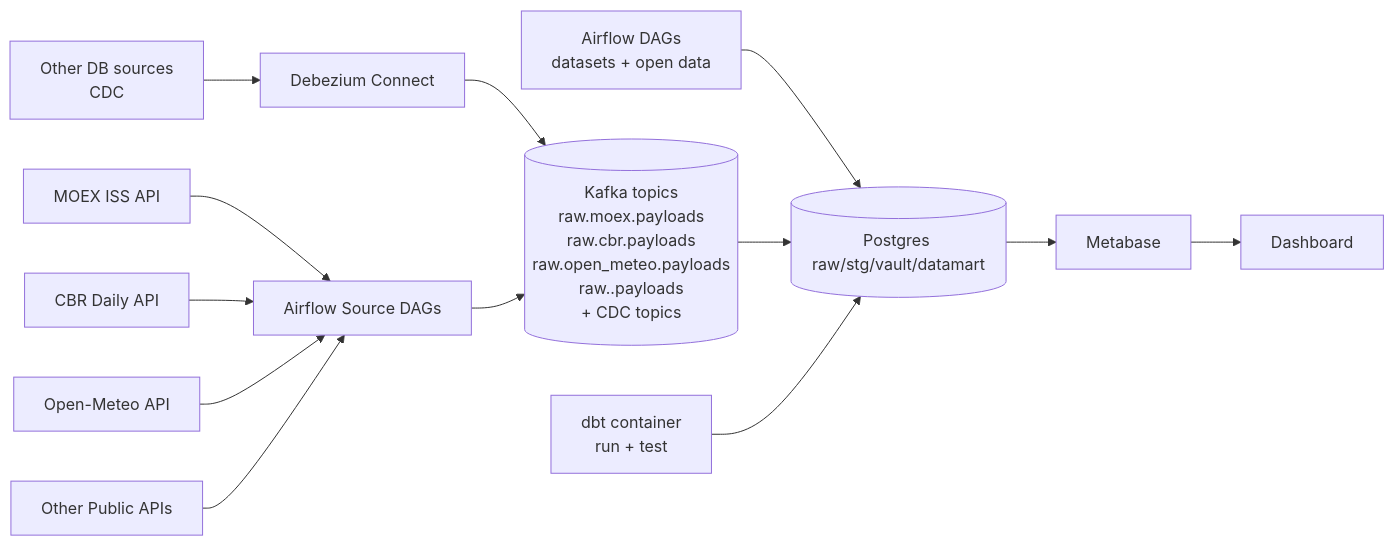
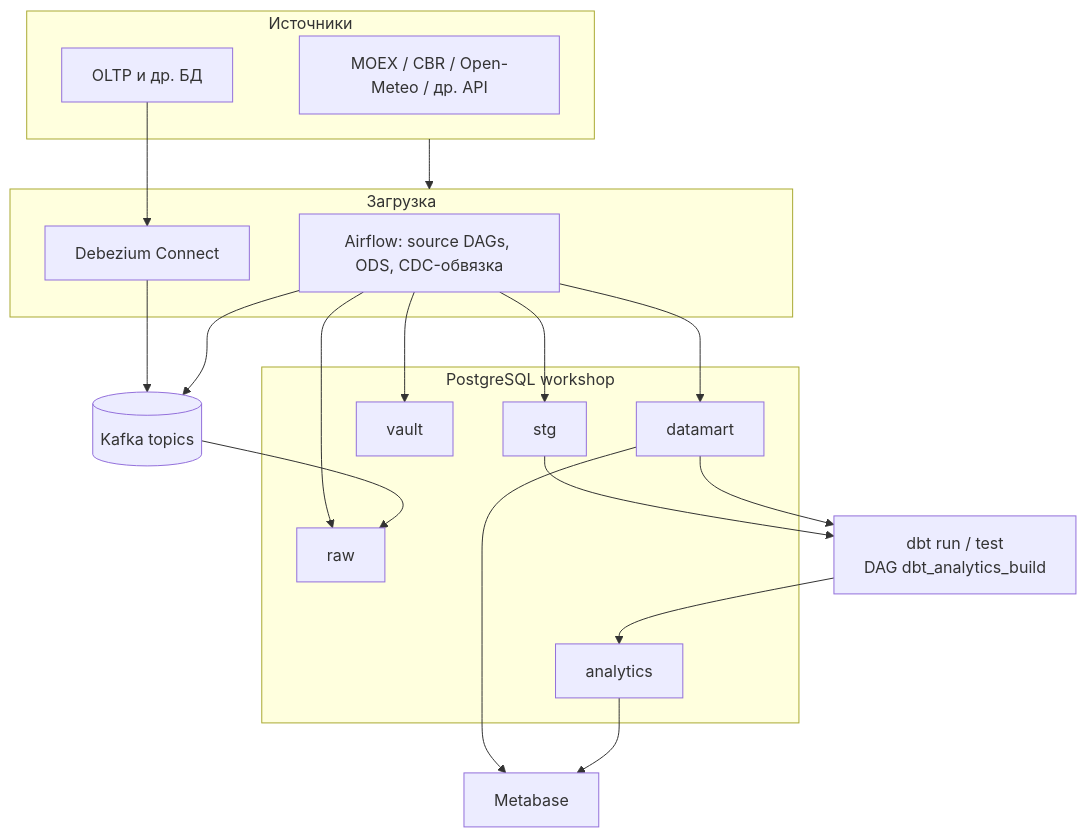
Before and after one commit to 4god/moex-etl: the first of 3 diagrams in docs/architecture.md, drawn with Mermaid. The commit also changed other lines of this file and 1 other file, not shown here.

Commit message:
refucktor

````diff
--- a/docs/architecture.md
+++ b/docs/architecture.md
@@ -9,15 +11,35 @@
 ```mermaid
-flowchart LR
-    A[MOEX ISS API] --> C[Airflow Source DAGs]
-    B[CBR Daily API] --> C
-    H[Open-Meteo API] --> C
-    X[Other Public APIs] --> C
-    J[Other DB sources<br/>CDC] --> DBC[Debezium Connect]
-    DBC --> K
-    C --> K[(Kafka topics<br/>raw.moex.payloads<br/>raw.cbr.payloads<br/>raw.open_meteo.payloads<br/>raw.<new_source>.payloads<br/>+ CDC topics)]
-    C2[Airflow DAGs<br/>datasets + open data] --> D
-    K --> D[(Postgres raw/stg/vault/datamart)]
-    E[dbt container<br/>run + test] --> D
-    D --> F[Metabase]
-    F --> G[Dashboard]
+flowchart TB
+    subgraph src[Источники]
+        A[MOEX / CBR / Open-Meteo / др. API]
+        J[OLTP и др. БД]
+    end
+    subgraph ingest[Загрузка]
+        C[Airflow: source DAGs, ODS, CDC-обвязка]
+        DBC[Debezium Connect]
+    end
+    K[(Kafka topics)]
+    subgraph pg[PostgreSQL workshop]
+        R[raw]
+        STG[stg]
+        V[vault]
+        DM[datamart]
+        AN[analytics]
+    end
+    DBT[dbt run / test<br/>DAG dbt_analytics_build]
+    MB[Metabase]
+
+    src --> ingest
+    J --> DBC --> K
+    C --> K
+    C --> R
+    C --> STG
+    C --> V
+    C --> DM
+    K --> R
+    STG --> DBT
+    DM --> DBT
+    DBT --> AN
+    DM --> MB
+    AN --> MB
 ```
````
